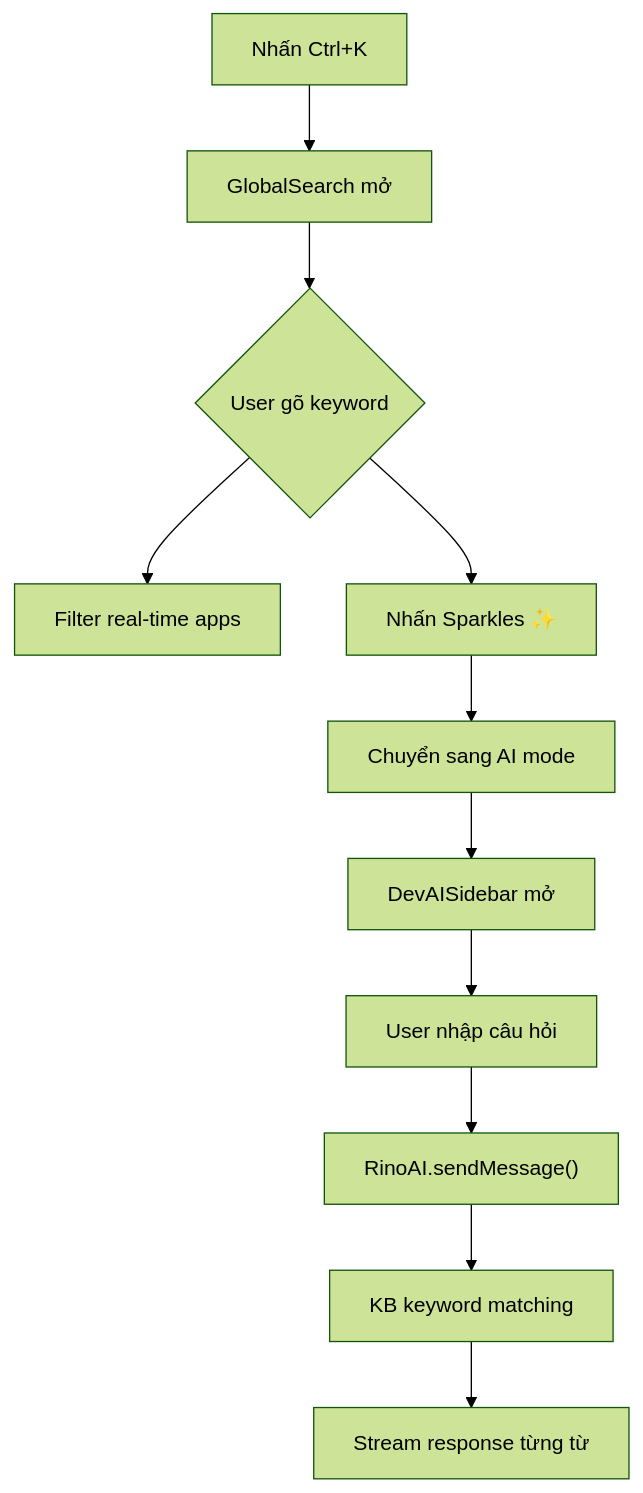
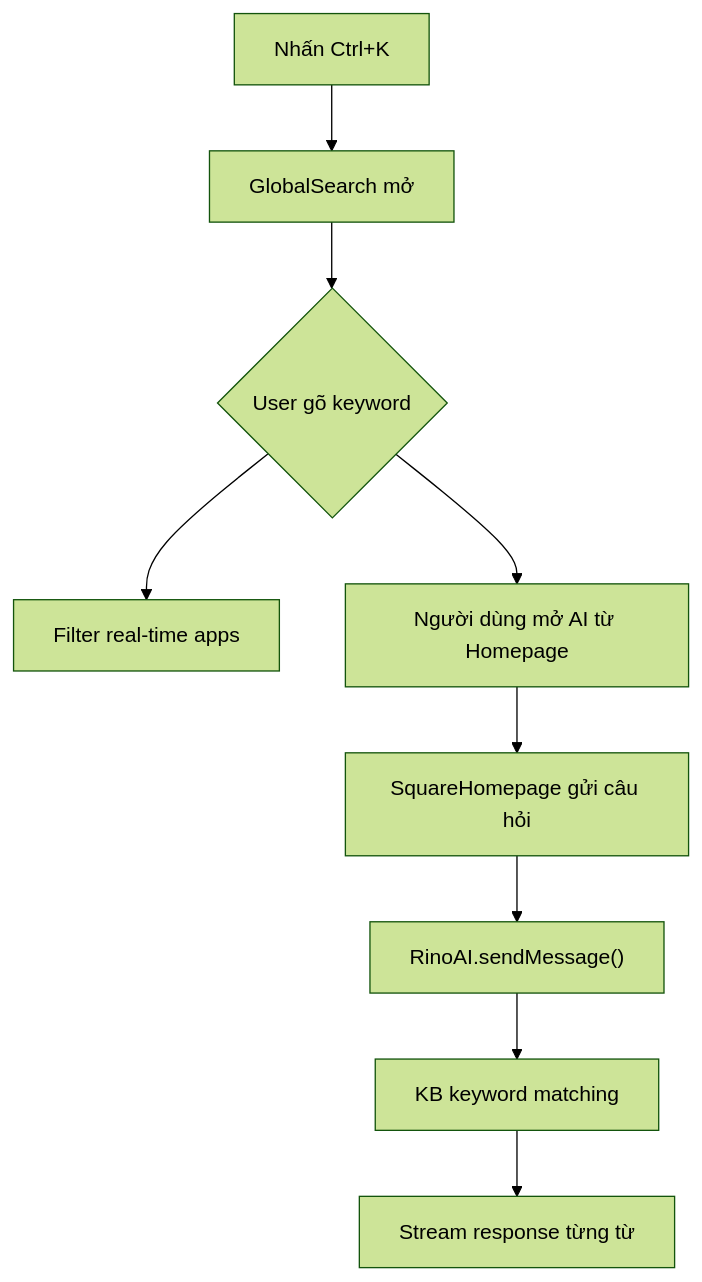
The third of 3 diagrams in docs/architecture/whitepaper.md (Gasyone/rinoedu), drawn with Mermaid (forest theme) before and after one commit. The commit also changed other lines of this file and 43 other files, not shown here.

````diff
--- a/docs/architecture/whitepaper.md
+++ b/docs/architecture/whitepaper.md
@@ -257,13 +255,11 @@
 ```mermaid
 flowchart TD
     A["Nhấn Ctrl+K"] --> B["GlobalSearch mở"]
     B --> C{User gõ keyword}
     C --> D["Filter real-time apps"]
-    C --> E["Nhấn Sparkles ✨"]
-    E --> F["Chuyển sang AI mode"]
-    F --> G["DevAISidebar mở"]
-    G --> H["User nhập câu hỏi"]
-    H --> I["RinoAI.sendMessage()"]
-    I --> J["KB keyword matching"]
-    J --> K["Stream response từng từ"]
+    C --> E["Người dùng mở AI từ Homepage"]
+    E --> F["SquareHomepage gửi câu hỏi"]
+    F --> G["RinoAI.sendMessage()"]
+    G --> H["KB keyword matching"]
+    H --> I["Stream response từng từ"]
 ```
````
